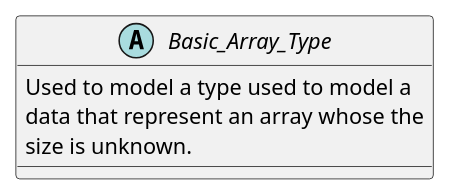
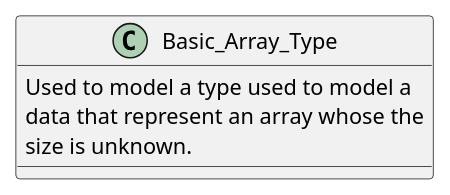
The diagram in Meta-Classes/Basic_Array_Type.puml (HomeMadeBots/Embedded_Software_Meta_Model), drawn with PlantUML before and after one commit. The commit also changed 7 other files, not shown here.

```diff
--- a/Meta-Classes/Basic_Array_Type.puml
+++ b/Meta-Classes/Basic_Array_Type.puml
@@ -1,10 +1,10 @@
 @startuml
 
-abstract class Basic_Array_Type
+class Basic_Array_Type
 {
   Used to model a type used to model a
   data that represent an array whose the
   size is unknown.
 }
 
 @enduml
```
